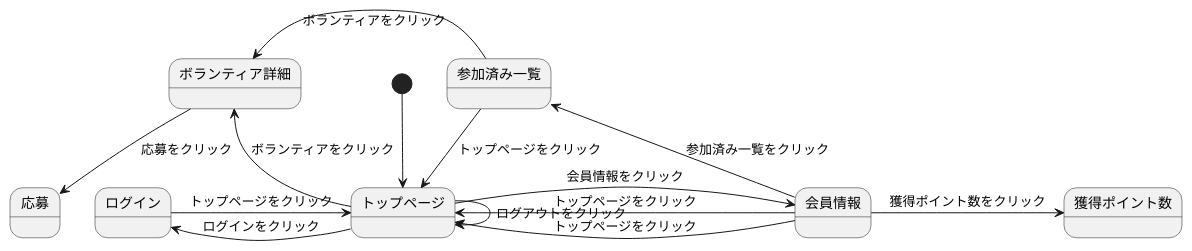
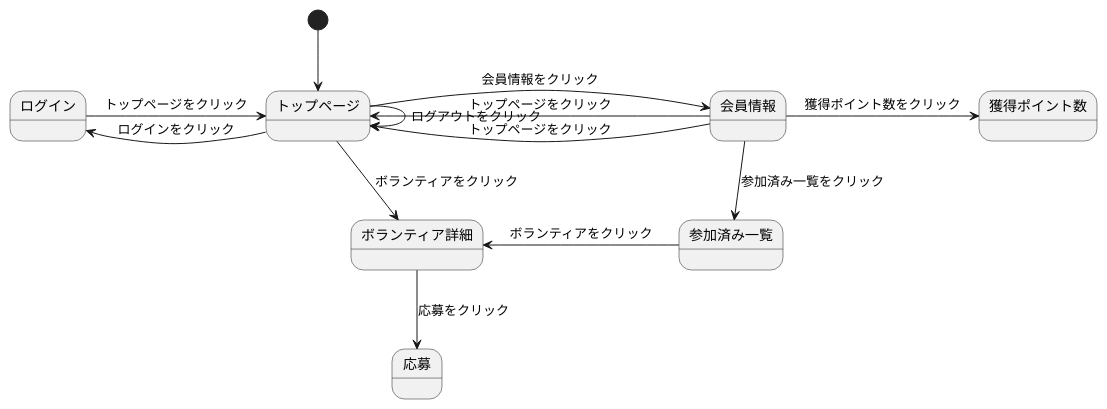
The diagram in 画面遷移図.md (Aso2001001/2022System), drawn with PlantUML before and after one commit.

````diff
--- a/画面遷移図.md
+++ b/画面遷移図.md
@@ -1,19 +1,19 @@
 ```uml
 @startuml
 [*] --> トップページ
 
 トップページ -> 会員情報 : 会員情報をクリック
 トップページ --> ボランティア詳細 : ボランティアをクリック
 トップページ -> トップページ : ログアウトをクリック
 ボランティア詳細 --> 応募 : 応募をクリック
 会員情報 -> トップページ : トップページをクリック
 トップページ -left-> ログイン : ログインをクリック
 ログイン -> トップページ : トップページをクリック
 会員情報 --> 参加済み一覧 : 参加済み一覧をクリック
 会員情報 -> トップページ : トップページをクリック
 参加済み一覧 -left-> ボランティア詳細 : ボランティアをクリック
-参加済み一覧 -> トップページ : トップページをクリック
+
 会員情報 -> 獲得ポイント数 : 獲得ポイント数をクリック
 
 @enduml
 ```
````
